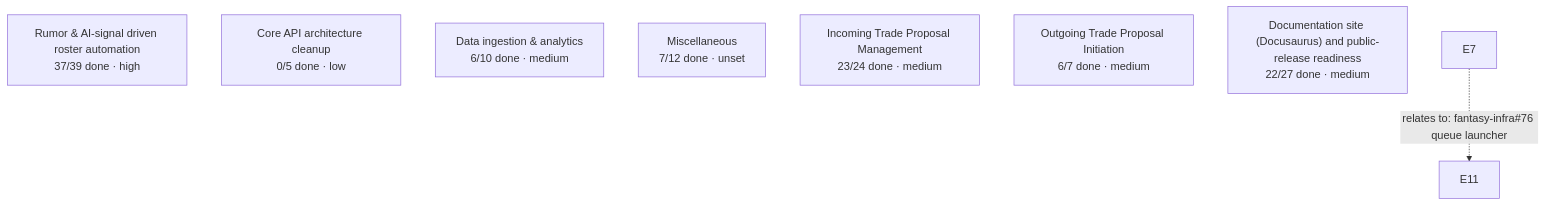
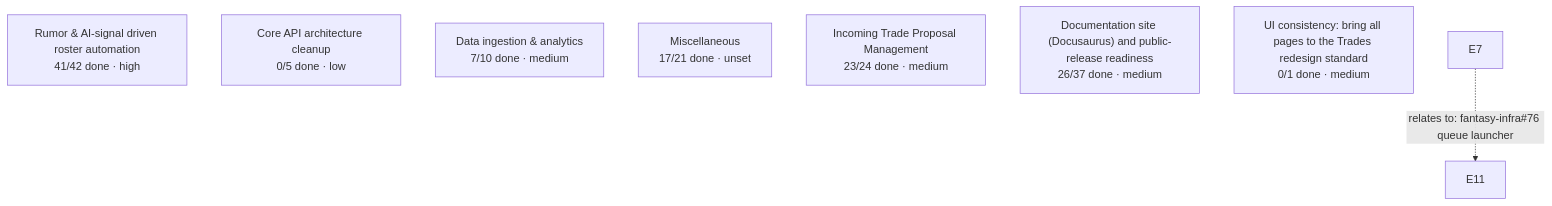
One commit to cvillarr23/fantasy-project changed the diagram in docs/overview/project-map.md. Above: the diagram before and after it, drawn with Mermaid. The commit also changed other lines of this file and 2 other files, not shown here.

Commit message:
Document trade candidates in the outgoing trade flow and architecture (#76)
Trade scans now start from the core trade_candidates set and re-score
each package live; the LLM drafts packages only as a fallback. Adds the
two trade-candidates CronJobs to the schedule table and regenerates
project-map.md now that epic #13 is closed.

Refs #13

````diff
--- a/docs/overview/project-map.md
+++ b/docs/overview/project-map.md
@@ -13,11 +13,11 @@
 ```mermaid
 flowchart TD
-    E3["Rumor & AI-signal driven roster automation<br/>37/39 done &middot; high"]
+    E3["Rumor & AI-signal driven roster automation<br/>41/42 done &middot; high"]
     E5["Core API architecture cleanup<br/>0/5 done &middot; low"]
-    E6["Data ingestion & analytics<br/>6/10 done &middot; medium"]
-    E10["Miscellaneous<br/>7/12 done &middot; unset"]
+    E6["Data ingestion & analytics<br/>7/10 done &middot; medium"]
+    E10["Miscellaneous<br/>17/21 done &middot; unset"]
     E12["Incoming Trade Proposal Management<br/>23/24 done &middot; medium"]
-    E13["Outgoing Trade Proposal Initiation<br/>6/7 done &middot; medium"]
-    E19["Documentation site (Docusaurus) and public-release readiness<br/>22/27 done &middot; medium"]
+    E19["Documentation site (Docusaurus) and public-release readiness<br/>26/37 done &middot; medium"]
+    E73["UI consistency: bring all pages to the Trades redesign standard<br/>0/1 done &middot; medium"]
     E7 -.->|relates to: fantasy-infra#76 queue launcher| E11
 ```
````
